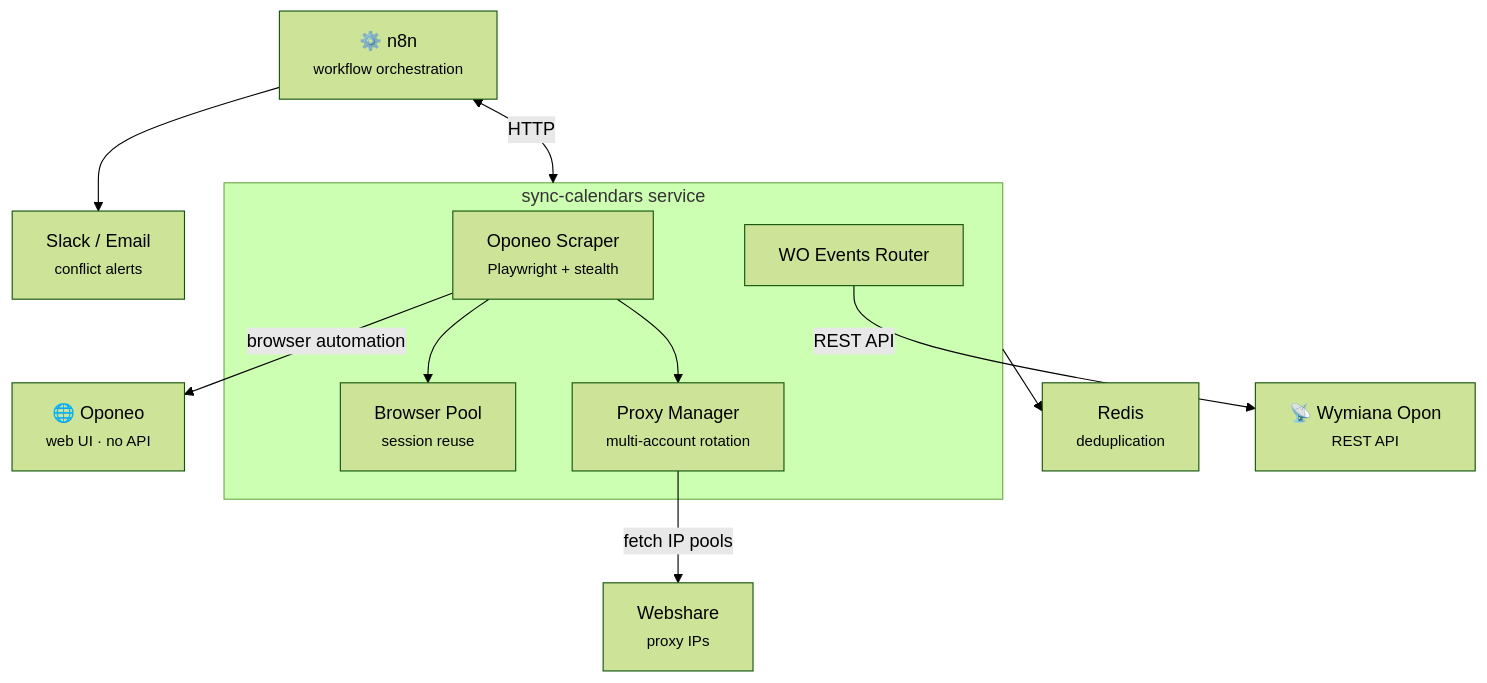
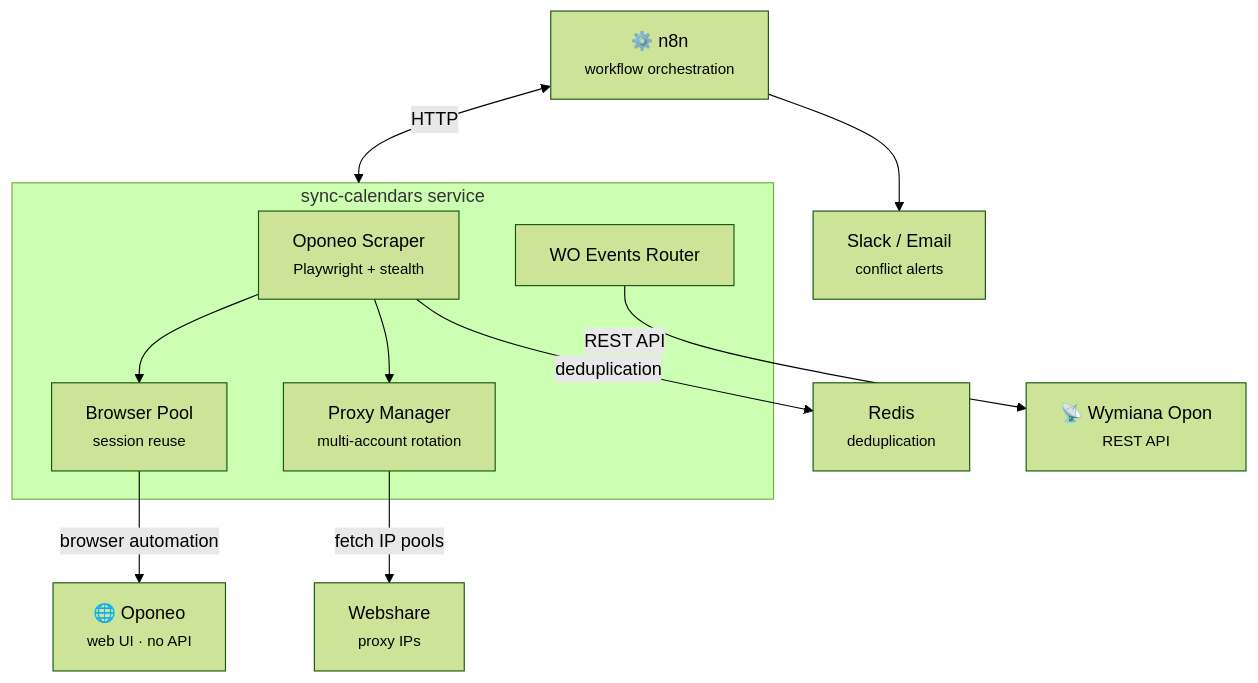
Before and after one commit to cymmGithub/n8n-sync-calendars: the diagram in README.md, drawn with Mermaid (forest theme). The commit also changed other lines of this file and 4 other files, not shown here.

````diff
--- a/README.md
+++ b/README.md
@@ -65,26 +39,21 @@
 ```mermaid
 graph TD
-    Oponeo["🌐 Oponeo<br/><small>web UI · no API</small>"]
     n8n["⚙️ n8n<br/><small>workflow orchestration</small>"]
-    WO["📡 Wymiana Opon<br/><small>REST API</small>"]
+
+    n8n --> Alerts["Slack / Email<br/><small>conflict alerts</small>"]
+    n8n <-->|HTTP| service
 
     subgraph service ["sync-calendars service"]
         Scraper["Oponeo Scraper<br/><small>Playwright + stealth</small>"]
-        ProxyMgr["Proxy Manager<br/><small>multi-account rotation</small>"]
         WORouter["WO Events Router"]
         BrowserPool["Browser Pool<br/><small>session reuse</small>"]
+        ProxyMgr["Proxy Manager<br/><small>multi-account rotation</small>"]
+        Scraper --> BrowserPool
+        Scraper --> ProxyMgr
     end
 
-    Redis["Redis<br/><small>deduplication</small>"]
-    Alerts["Slack / Email<br/><small>conflict alerts</small>"]
-    Proxies["Webshare<br/><small>proxy IPs</small>"]
-
-    n8n <-->|HTTP| service
-    Scraper -->|"browser automation"| Oponeo
-    WORouter -->|REST API| WO
-    ProxyMgr -->|fetch IP pools| Proxies
-    Scraper --> BrowserPool
-    Scraper --> ProxyMgr
-    service --> Redis
-    n8n --> Alerts
+    BrowserPool -->|browser automation| Oponeo["🌐 Oponeo<br/><small>web UI · no API</small>"]
+    ProxyMgr -->|fetch IP pools| Proxies["Webshare<br/><small>proxy IPs</small>"]
+    Scraper -->|deduplication| Redis["Redis<br/><small>deduplication</small>"]
+    WORouter -->|REST API| WO["📡 Wymiana Opon<br/><small>REST API</small>"]
 ```
````
